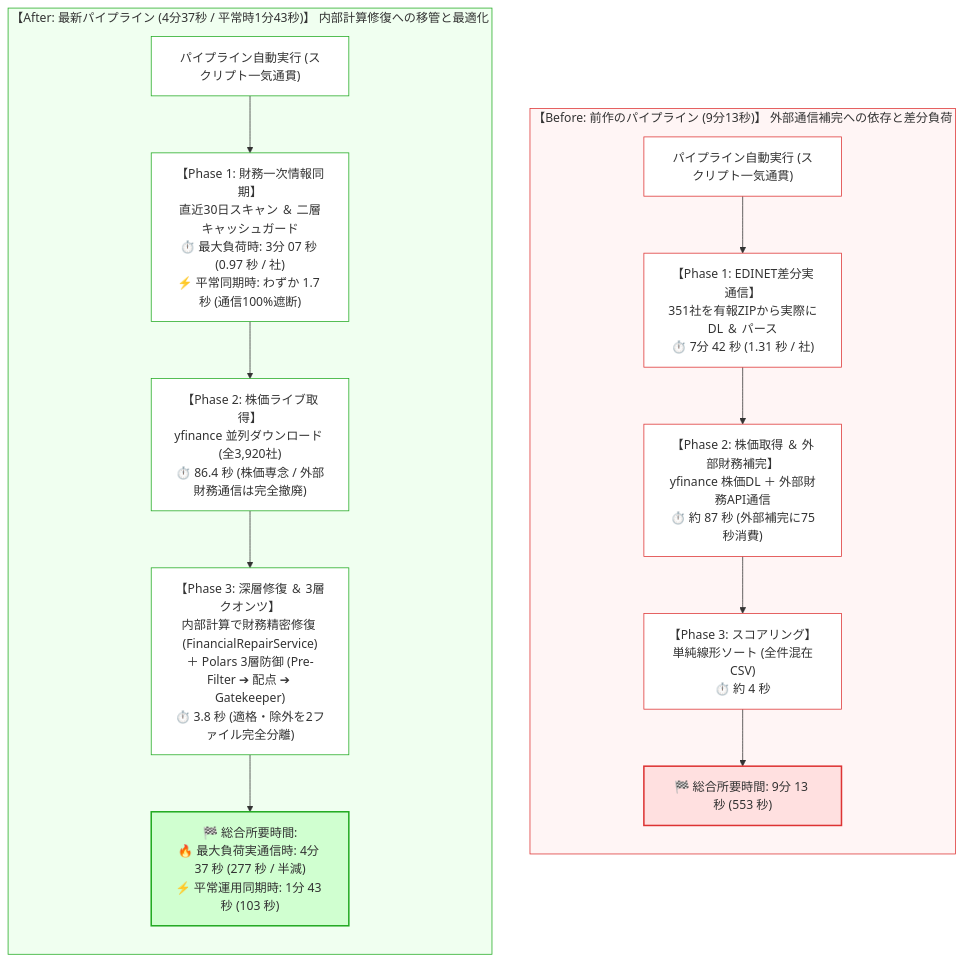
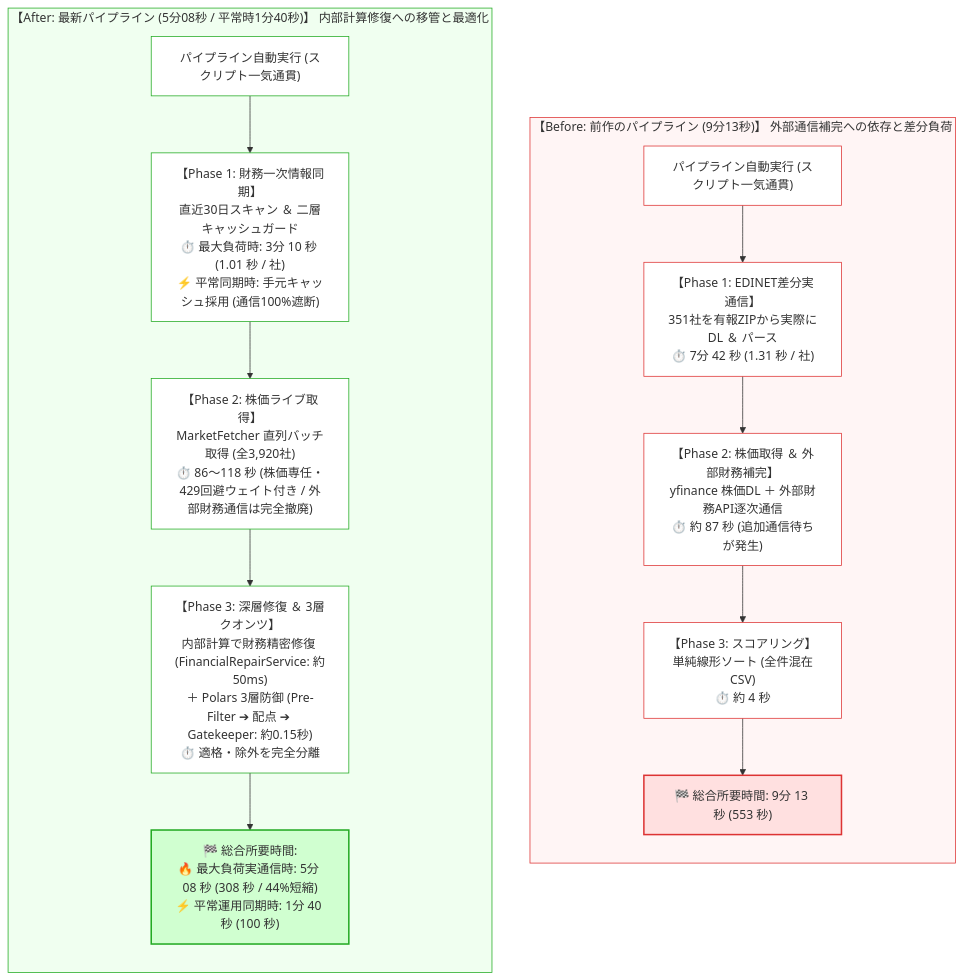
One commit to akkyey/stock-analyzer-core changed the first of 2 diagrams in docs/articles/qiita_part1_data_acquisition.md. Above: the diagram before and after it, drawn with Mermaid. The commit also changed other lines of this file and 82 other files, not shown here.

First line of the commit message:
refactor: optimize pipeline performance, fix pre-filter logic, and update docs

````diff
--- a/docs/articles/qiita_part1_data_acquisition.md
+++ b/docs/articles/qiita_part1_data_acquisition.md
@@ -59,31 +58,31 @@
 ```mermaid
 flowchart TD
     subgraph Before ["【Before: 前作のパイプライン (9分13秒)】 外部通信補完への依存と差分負荷"]
         direction TB
         B_Start["パイプライン自動実行 (スクリプト一気通貫)"] --> B_E["【Phase 1: EDINET差分実通信】<br>351社を有報ZIPから実際にDL ＆ パース<br>⏱️ 7分 42 秒 (1.31 秒 / 社)"]
-        B_E --> B_Y["【Phase 2: 株価取得 ＆ 外部財務補完】<br>yfinance 株価DL ＋ 外部財務API通信<br>⏱️ 約 87 秒 (外部補完に75秒消費)"]
+        B_E --> B_Y["【Phase 2: 株価取得 ＆ 外部財務補完】<br>yfinance 株価DL ＋ 外部財務API逐次通信<br>⏱️ 約 87 秒 (追加通信待ちが発生)"]
         B_Y --> B_A["【Phase 3: スコアリング】<br>単純線形ソート (全件混在CSV)<br>⏱️ 約 4 秒"]
         B_A --> B_Total["🏁 総合所要時間: 9分 13 秒 (553 秒)"]
     end
 
-    subgraph After ["【After: 最新パイプライン (4分37秒 / 平常時1分43秒)】 内部計算修復への移管と最適化"]
+    subgraph After ["【After: 最新パイプライン (5分08秒 / 平常時1分40秒)】 内部計算修復への移管と最適化"]
         direction TB
-        A_Start["パイプライン自動実行 (スクリプト一気通貫)"] --> A_E["【Phase 1: 財務一次情報同期】<br>直近30日スキャン ＆ 二層キャッシュガード<br>⏱️ 最大負荷時: 3分 07 秒 (0.97 秒 / 社)<br>⚡ 平常同期時: わずか 1.7 秒 (通信100%遮断)"]
-        A_E --> A_Y["【Phase 2: 株価ライブ取得】<br>yfinance 並列ダウンロード (全3,920社)<br>⏱️ 86.4 秒 (株価専念 / 外部財務通信は完全撤廃)"]
-        A_Y --> A_A["【Phase 3: 深層修復 ＆ 3層クオンツ】<br>内部計算で財務精密修復 (FinancialRepairService)<br>＋ Polars 3層防御 (Pre-Filter ➔ 配点 ➔ Gatekeeper)<br>⏱️ 3.8 秒 (適格・除外を2ファイル完全分離)"]
-        A_A --> A_Total["🏁 総合所要時間:<br>🔥 最大負荷実通信時: 4分 37 秒 (277 秒 / 半減)<br>⚡ 平常運用同期時: 1分 43 秒 (103 秒)"]
+        A_Start["パイプライン自動実行 (スクリプト一気通貫)"] --> A_E["【Phase 1: 財務一次情報同期】<br>直近30日スキャン ＆ 二層キャッシュガード<br>⏱️ 最大負荷時: 3分 10 秒 (1.01 秒 / 社)<br>⚡ 平常同期時: 手元キャッシュ採用 (通信100%遮断)"]
+        A_E --> A_Y["【Phase 2: 株価ライブ取得】<br>MarketFetcher 直列バッチ取得 (全3,920社)<br>⏱️ 86〜118 秒 (株価専任・429回避ウェイト付き / 外部財務通信は完全撤廃)"]
+        A_Y --> A_A["【Phase 3: 深層修復 ＆ 3層クオンツ】<br>内部計算で財務精密修復 (FinancialRepairService: 約50ms)<br>＋ Polars 3層防御 (Pre-Filter ➔ 配点 ➔ Gatekeeper: 約0.15秒)<br>⏱️ 適格・除外を完全分離"]
+        A_A --> A_Total["🏁 総合所要時間:<br>🔥 最大負荷実通信時: 5分 08 秒 (308 秒 / 44%短縮)<br>⚡ 平常運用同期時: 1分 40 秒 (100 秒)"]
     end
 
     style Before fill:#fff5f5,stroke:#d33,stroke-width:1px,color:#333
     style After fill:#f0fff0,stroke:#2a2,stroke-width:1px,color:#333
     style B_Start fill:#fff,stroke:#d33,stroke-width:1px,color:#333
     style B_E fill:#fff,stroke:#d33,stroke-width:1px,color:#333
     style B_Y fill:#fff,stroke:#d33,stroke-width:1px,color:#333
     style B_A fill:#fff,stroke:#d33,stroke-width:1px,color:#333
     style B_Total fill:#ffe0e0,stroke:#d33,stroke-width:2px,color:#333
     style A_Start fill:#fff,stroke:#2a2,stroke-width:1px,color:#333
     style A_E fill:#fff,stroke:#2a2,stroke-width:1px,color:#333
     style A_Y fill:#fff,stroke:#2a2,stroke-width:1px,color:#333
     style A_A fill:#fff,stroke:#2a2,stroke-width:1px,color:#333
     style A_Total fill:#d0ffd0,stroke:#2a2,stroke-width:2px,color:#333
 ```
````
